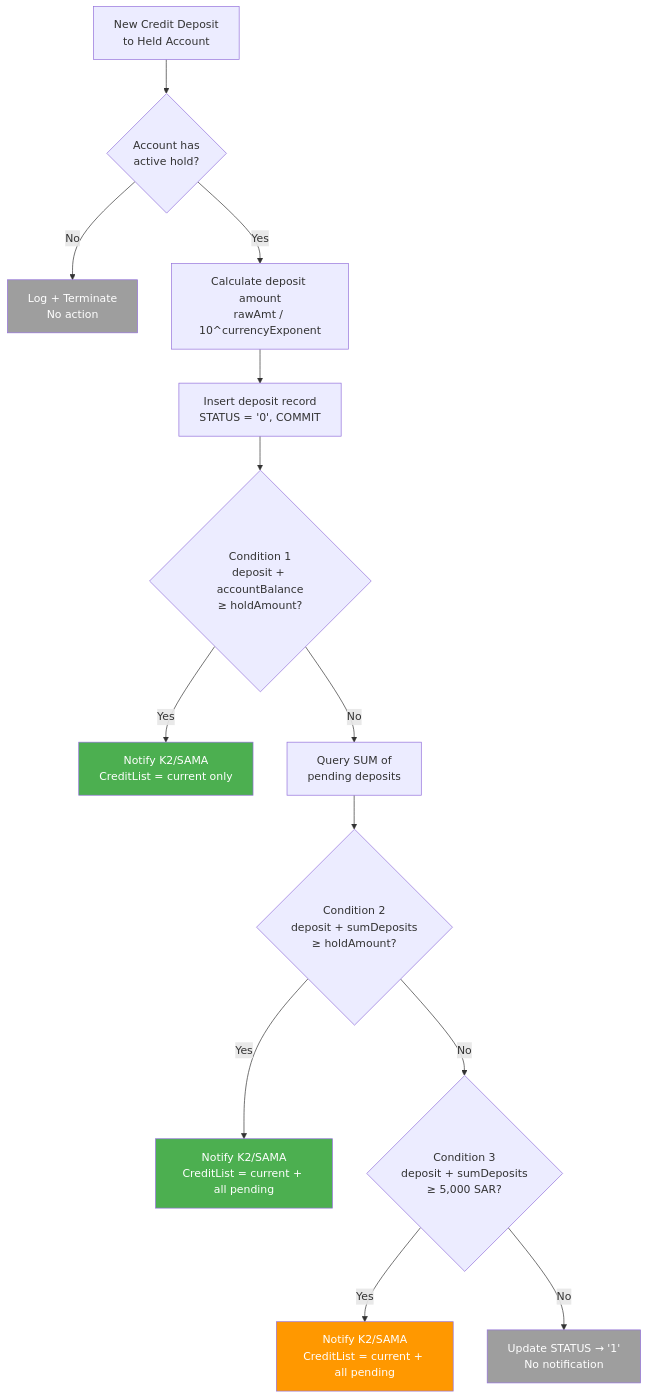
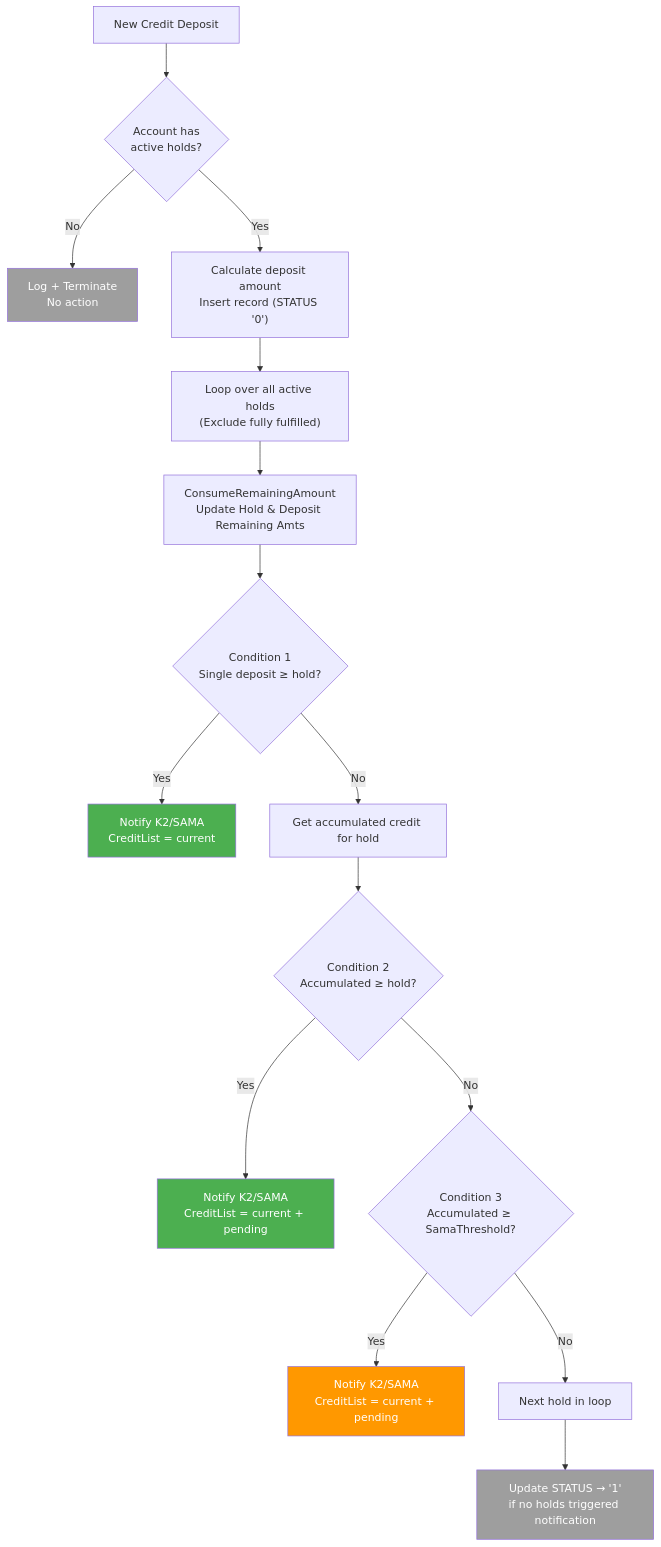
Before and after one commit to MahmoudKRashed/transactionIqn: the ninth of 10 diagrams in Fullfilment/high_level_design.md, drawn with Mermaid. The commit also changed other lines of this file and 3 other files, not shown here.

````diff
--- a/Fullfilment/high_level_design.md
+++ b/Fullfilment/high_level_design.md
@@ -521,24 +532,26 @@
 ```mermaid
 flowchart TD
-    Start["New Credit Deposit<br/>to Held Account"] --> HasHold{"Account has<br/>active hold?"}
+    Start["New Credit Deposit"] --> HasHold{"Account has<br/>active holds?"}
     HasHold -->|No| End1["Log + Terminate<br/>No action"]
-    HasHold -->|Yes| CalcAmt["Calculate deposit amount<br/>rawAmt / 10^currencyExponent"]
-    CalcAmt --> InsertDB["Insert deposit record<br/>STATUS = '0', COMMIT"]
-    InsertDB --> C1{"Condition 1<br/>deposit + accountBalance<br/>≥ holdAmount?"}
+    HasHold -->|Yes| CalcAmt["Calculate deposit amount<br/>Insert record (STATUS '0')"]
+    CalcAmt --> HoldLoop["Loop over all active holds<br/>(Exclude fully fulfilled)"]
+    HoldLoop --> Consume["ConsumeRemainingAmount<br/>Update Hold & Deposit Remaining Amts"]
+    Consume --> C1{"Condition 1<br/>Single deposit ≥ hold?"}
     
-    C1 -->|Yes| Notify1["Notify K2/SAMA<br/>CreditList = current only"]
-    C1 -->|No| SumQuery["Query SUM of<br/>pending deposits"]
-    SumQuery --> C2{"Condition 2<br/>deposit + sumDeposits<br/>≥ holdAmount?"}
+    C1 -->|Yes| Notify1["Notify K2/SAMA<br/>CreditList = current"]
+    C1 -->|No| SumQuery["Get accumulated credit for hold"]
+    SumQuery --> C2{"Condition 2<br/>Accumulated ≥ hold?"}
     
-    C2 -->|Yes| Notify2["Notify K2/SAMA<br/>CreditList = current + all pending"]
-    C2 -->|No| C3{"Condition 3<br/>deposit + sumDeposits<br/>≥ 5,000 SAR?"}
+    C2 -->|Yes| Notify2["Notify K2/SAMA<br/>CreditList = current + pending"]
+    C2 -->|No| C3{"Condition 3<br/>Accumulated ≥ SamaThreshold?"}
     
-    C3 -->|Yes| Notify3["Notify K2/SAMA<br/>CreditList = current + all pending"]
-    C3 -->|No| NoNotify["Update STATUS → '1'<br/>No notification"]
+    C3 -->|Yes| Notify3["Notify K2/SAMA<br/>CreditList = current + pending"]
+    C3 -->|No| NextHold["Next hold in loop"]
+    NextHold --> End2["Update STATUS → '1'<br/>if no holds triggered notification"]
 
     style Notify1 fill:#4CAF50,color:#fff
     style Notify2 fill:#4CAF50,color:#fff
     style Notify3 fill:#FF9800,color:#fff
-    style NoNotify fill:#9E9E9E,color:#fff
+    style End2 fill:#9E9E9E,color:#fff
     style End1 fill:#9E9E9E,color:#fff
 ```
````
